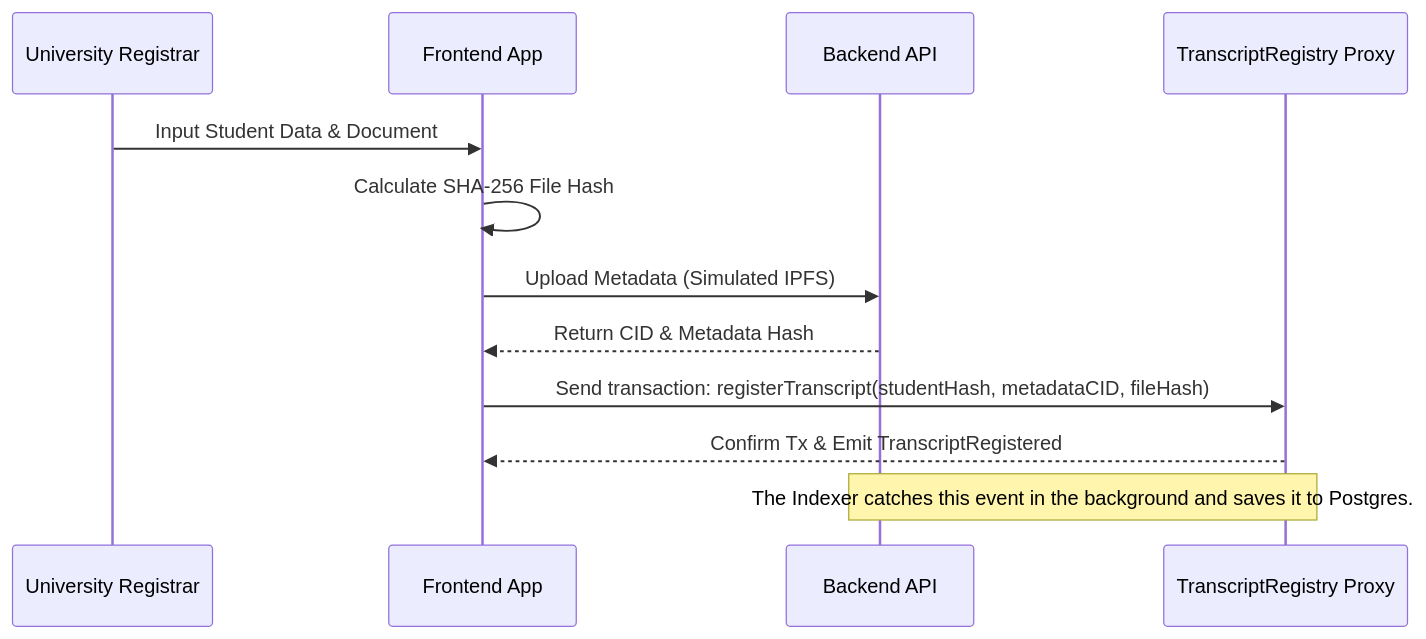
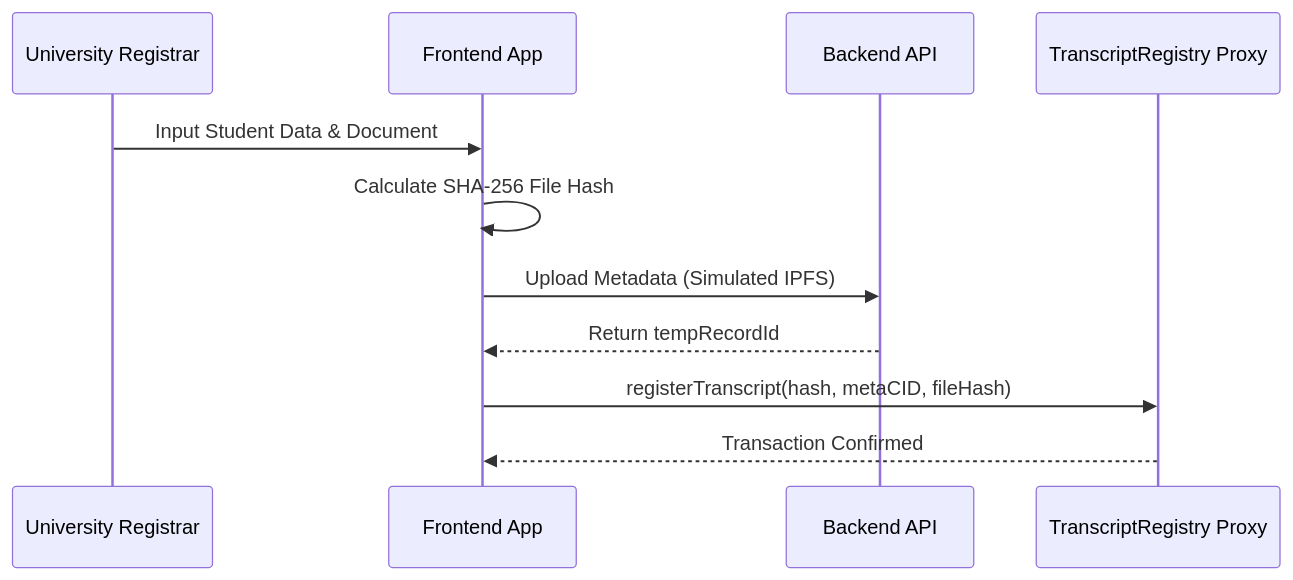
The fourth of 5 diagrams in ARCHITECTURE.md (0xAlgoRhythm/TranscriptRegistry), drawn with Mermaid before and after one commit. The commit also changed other lines of this file and 4 other files, not shown here.

````diff
--- a/ARCHITECTURE.md
+++ b/ARCHITECTURE.md
@@ -91,15 +91,14 @@
 ```mermaid
 sequenceDiagram
   participant Registrar as University Registrar
   participant UI as Frontend App
   participant API as Backend API
   participant Chain as TranscriptRegistry Proxy
 
   Registrar->>UI: Input Student Data & Document
   UI->>UI: Calculate SHA-256 File Hash
   UI->>API: Upload Metadata (Simulated IPFS)
-  API-->>UI: Return CID & Metadata Hash
-  UI->>Chain: Send transaction: registerTranscript(studentHash, metadataCID, fileHash)
-  Chain-->>UI: Confirm Tx & Emit TranscriptRegistered
-  Note over API,Chain: The Indexer catches this event in the background and saves it to Postgres.
+  API-->>UI: Return tempRecordId
+  UI->>Chain: registerTranscript(hash, metaCID, fileHash)
+  Chain-->>UI: Transaction Confirmed
 ```
````
